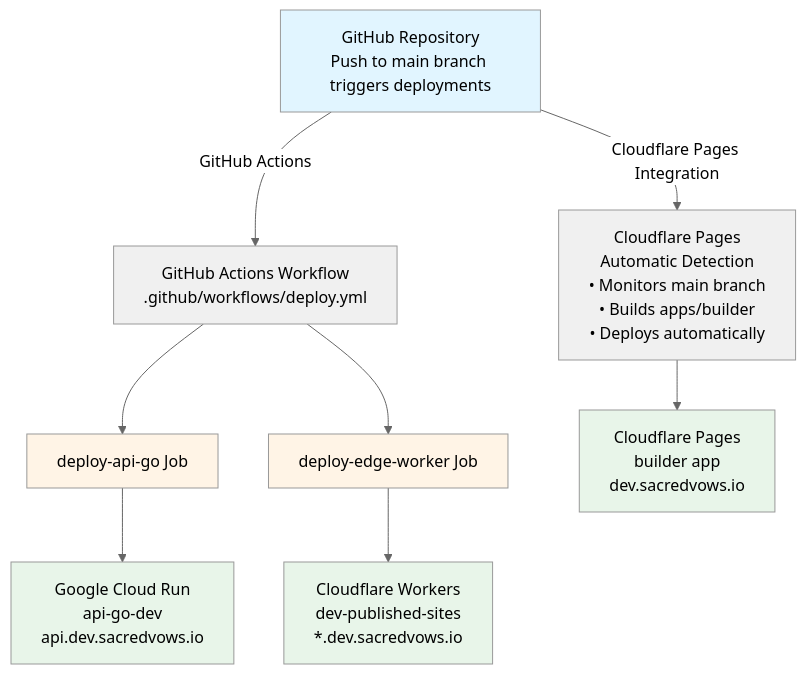
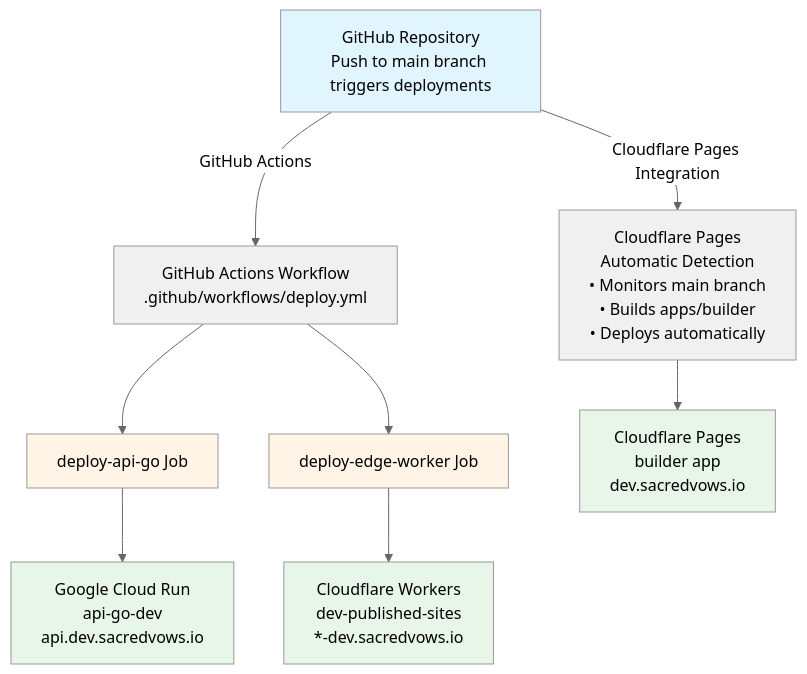
The diagram in docs/DEPLOYMENT.md (NoSkillGuy/sacred-vows), drawn with Mermaid (neutral theme) before and after one commit. The commit also changed other lines of this file and 4 other files, not shown here.

First line of the commit message:
docs: update documentation for *-dev.sacredvows.io pattern

````diff
--- a/docs/DEPLOYMENT.md
+++ b/docs/DEPLOYMENT.md
@@ -32,24 +32,24 @@
 ```mermaid
 flowchart TD
     GitHub[GitHub Repository<br/>Push to main branch triggers deployments]
     
     GitHub -->|GitHub Actions| GHA[GitHub Actions Workflow<br/>.github/workflows/deploy.yml]
     GitHub -->|Cloudflare Pages Integration| CFPages[Cloudflare Pages<br/>Automatic Detection<br/>• Monitors main branch<br/>• Builds apps/builder<br/>• Deploys automatically]
     
     GHA --> APIJob[deploy-api-go Job]
     GHA --> WorkerJob[deploy-edge-worker Job]
     
     APIJob --> CloudRun[Google Cloud Run<br/>api-go-dev<br/>api.dev.sacredvows.io]
-    WorkerJob --> CFWorkers[Cloudflare Workers<br/>dev-published-sites<br/>*.dev.sacredvows.io]
+    WorkerJob --> CFWorkers[Cloudflare Workers<br/>dev-published-sites<br/>*-dev.sacredvows.io]
     
     CFPages --> CFPagesApp[Cloudflare Pages<br/>builder app<br/>dev.sacredvows.io]
     
     style GitHub fill:#e1f5ff
     style GHA fill:#f0f0f0
     style CFPages fill:#f0f0f0
     style APIJob fill:#fff4e6
     style WorkerJob fill:#fff4e6
     style CloudRun fill:#e8f5e9
     style CFWorkers fill:#e8f5e9
     style CFPagesApp fill:#e8f5e9
 ```
````
